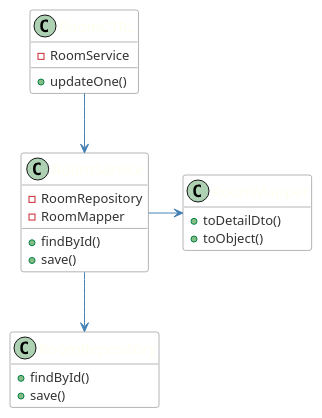
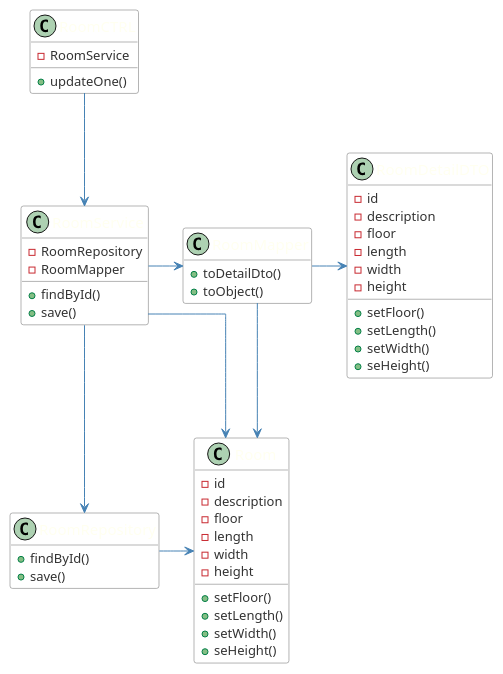
Before and after one commit to emanuel-pereira/hou: the diagram in src/main/java/smarthome/controller/rest/classDiagrams/cd_EditRoom.puml, drawn with PlantUML.

Commit message:
UI US109: Update class diagram. Ref #251

```diff
--- a/src/main/java/smarthome/controller/rest/classDiagrams/cd_EditRoom.puml
+++ b/src/main/java/smarthome/controller/rest/classDiagrams/cd_EditRoom.puml
@@ -1,50 +1,81 @@
 @startuml
 skinparam linetype ortho
 hide empty members
 
 skinparam class {
 	ArrowColor SteelBlue
 	BorderColor Dimgray
 	HeaderBackgroundColor SteelBlue
 	BackgroundColor White
 	FontName Calibri bold
 	AttributeFontColor #333
 	AttributeFontName Calibri
 	AttributeFontSize 13
 	FontColor Ivory
 	FontSize 15
 }
 
 class RoomCTRL{
 - RoomService
 + updateOne()
 }
 
 class RoomService{
 - RoomRepository
 - RoomMapper
 
 + findById()
 + save()
 }
 
 class RoomMapper {
 + toDetailDto()
 + toObject()
 }
 
 class RoomRepository{
 
 + findById()
 + save()
 
 }
 
+class Room{
+- id
+- description
+- floor
+- length
+- width
+- height
+
++ setFloor()
++ setLength()
++ setWidth()
++ seHeight()
+}
+
+class RoomDetailDTO{
+- id
+- description
+- floor
+- length
+- width
+- height
+
++ setFloor()
++ setLength()
++ setWidth()
++ seHeight()
+
+}
 
 RoomCTRL --> RoomService
 RoomService -> RoomMapper
+RoomService -> Room
+RoomMapper -> RoomDetailDTO
+RoomMapper --> Room
 RoomService --> RoomRepository
-
+RoomRepository -> Room
 
 
 @enduml
```
